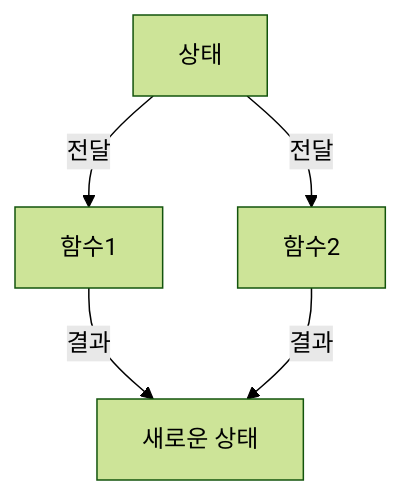
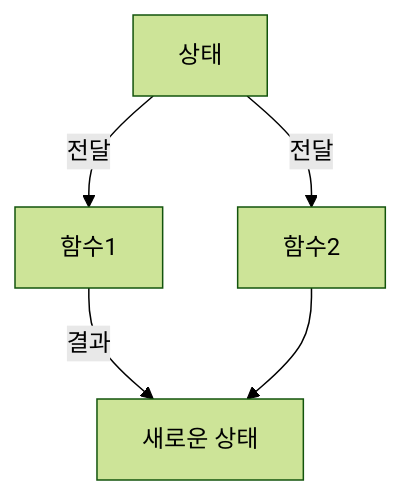
One commit to 42jerrykim/42jerrykim.github.io changed the eighth of 12 diagrams in content/post/2024/2024-08-26-Function-programming/index.md. Above: the diagram before and after it, drawn with Mermaid (forest theme). The commit also changed other lines of this file and 239 other files, not shown here.

````diff
--- a/content/post/2024/2024-08-26-Function-programming/index.md
+++ b/content/post/2024/2024-08-26-Function-programming/index.md
@@ -665,7 +700,7 @@
 ```mermaid
 graph TD;
-    A[상태] -->|전달| B[함수1]
-    A -->|전달| C[함수2]
-    B -->|결과| D[새로운 상태]
-    C -->|결과| D
+    State["상태"] -->|"전달"| F1["함수1"];
+    State -->|"전달"| F2["함수2"];
+    F1 -->|"결과"| NewState["새로운 상태"];
+    F2 --> NewState;
 ```
````
